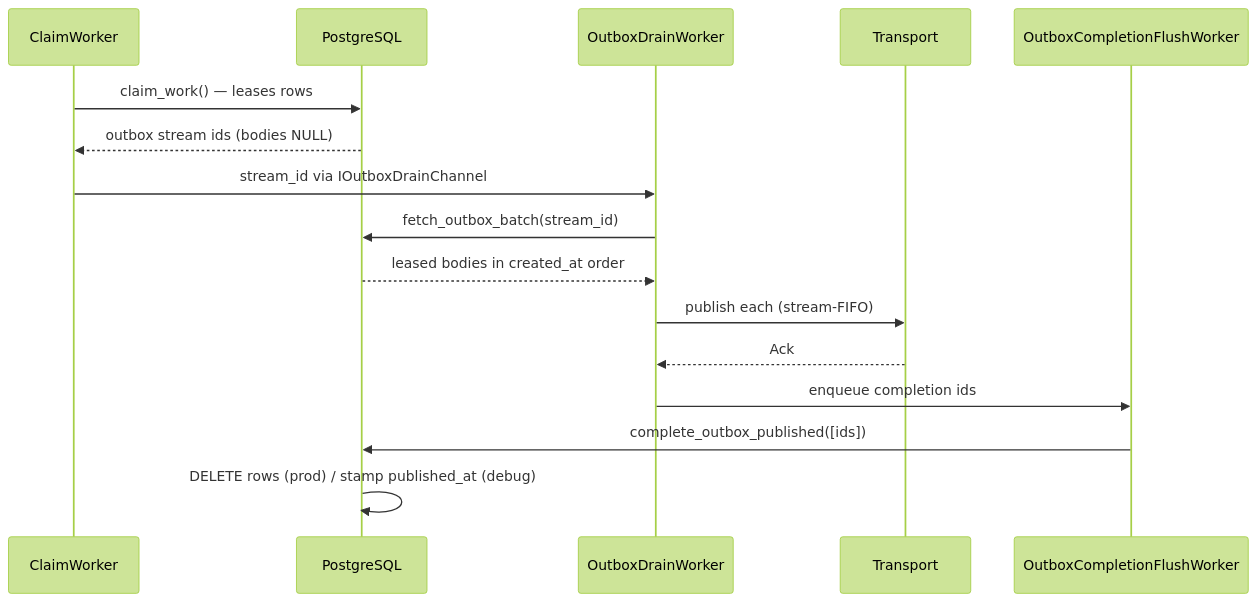
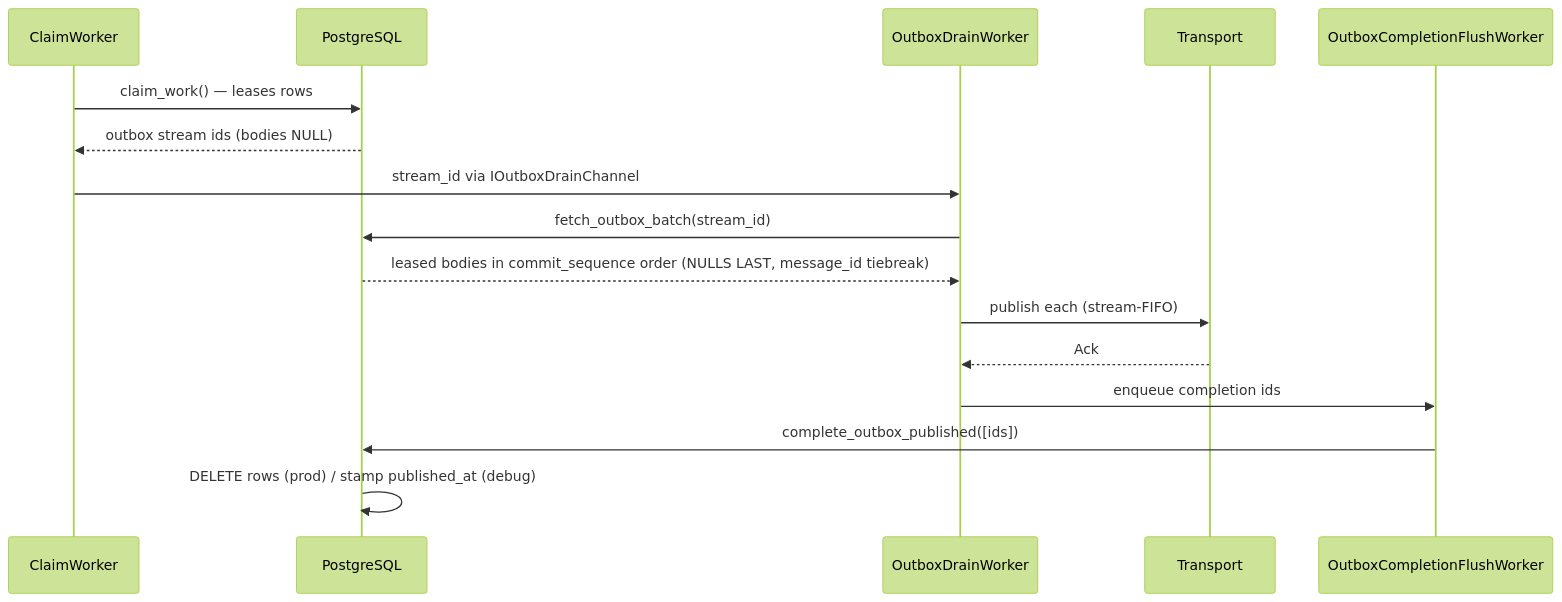
Before and after one commit to whizbang-lib/whizbang-lib.github.io: the second of 2 diagrams in src/assets/docs/v1.0.0/messaging/outbox-pattern.md, drawn with Mermaid (forest theme). The commit also changed other lines of this file and 246 other files, not shown here.

````diff
--- a/src/assets/docs/v1.0.0/messaging/outbox-pattern.md
+++ b/src/assets/docs/v1.0.0/messaging/outbox-pattern.md
@@ -191,21 +191,21 @@
-```mermaid{caption="Outbox publish pipeline — ClaimWorker leases stream ids, OutboxDrainWorker fetches bodies per stream and publishes in created_at FIFO order, then completions flush through complete_outbox_published." tests=["OutboxDrainWorkerTests.OutboxDrainWorker_OnStreamId_FetchesBatch_PublishesEach_EnqueuesCompletionAsync"]}
+```mermaid{caption="Outbox publish pipeline — ClaimWorker leases stream ids, OutboxDrainWorker fetches bodies per stream and publishes in commit-sequence FIFO order (unstamped rows fall back to message_id), then completions flush through complete_outbox_published." tests=["OutboxDrainWorkerTests.OutboxDrainWorker_OnStreamId_FetchesBatch_PublishesEach_EnqueuesCompletionAsync"]}
 sequenceDiagram
     participant CW as ClaimWorker
     participant DB as PostgreSQL
     participant ODW as OutboxDrainWorker
     participant T as Transport
     participant OCF as OutboxCompletionFlushWorker
 
     CW->>DB: claim_work() — leases rows
     DB-->>CW: outbox stream ids (bodies NULL)
     CW->>ODW: stream_id via IOutboxDrainChannel
 
     ODW->>DB: fetch_outbox_batch(stream_id)
-    DB-->>ODW: leased bodies in created_at order
+    DB-->>ODW: leased bodies in commit_sequence order (NULLS LAST, message_id tiebreak)
     ODW->>T: publish each (stream-FIFO)
     T-->>ODW: Ack
 
     ODW->>OCF: enqueue completion ids
     OCF->>DB: complete_outbox_published([ids])
     DB->>DB: DELETE rows (prod) / stamp published_at (debug)
 ```
````
